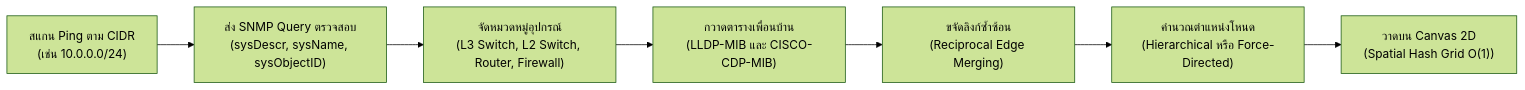
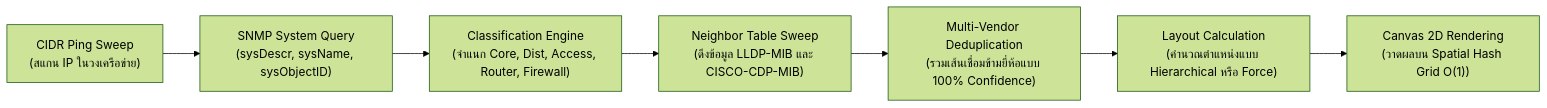
Before and after one commit to Tannyzazanaja/NetMonitor: the diagram in README.th.md, drawn with Mermaid (forest theme). The commit also changed other lines of this file and 29 other files, not shown here.

````diff
--- a/README.th.md
+++ b/README.th.md
@@ -326,9 +211,9 @@
 ```mermaid
 flowchart LR
-    A["สแกน Ping ตาม CIDR<br/>(เช่น 10.0.0.0/24)"] --> B["ส่ง SNMP Query ตรวจสอบ<br/>(sysDescr, sysName, sysObjectID)"]
-    B --> C["จัดหมวดหมู่อุปกรณ์<br/>(L3 Switch, L2 Switch, Router, Firewall)"]
-    C --> D["กวาดตารางเพื่อนบ้าน<br/>(LLDP-MIB และ CISCO-CDP-MIB)"]
-    D --> E["ขจัดลิงก์ซ้ำซ้อน<br/>(Reciprocal Edge Merging)"]
-    E --> F["คำนวณตำแหน่งโหนด<br/>(Hierarchical หรือ Force-Directed)"]
-    F --> G["วาดบน Canvas 2D<br/>(Spatial Hash Grid O(1))"]
+    A["CIDR Ping Sweep<br/>(สแกน IP ในวงเครือข่าย)"] --> B["SNMP System Query<br/>(sysDescr, sysName, sysObjectID)"]
+    B --> C["Classification Engine<br/>(จำแนก Core, Dist, Access, Router, Firewall)"]
+    C --> D["Neighbor Table Sweep<br/>(ดึงข้อมูล LLDP-MIB และ CISCO-CDP-MIB)"]
+    D --> E["Multi-Vendor Deduplication<br/>(รวมเส้นเชื่อมข้ามยี่ห้อแบบ 100% Confidence)"]
+    E --> F["Layout Calculation<br/>(คำนวณตำแหน่งแบบ Hierarchical หรือ Force)"]
+    F --> G["Canvas 2D Rendering<br/>(วาดผลบน Spatial Hash Grid O(1))"]
 ```
````
